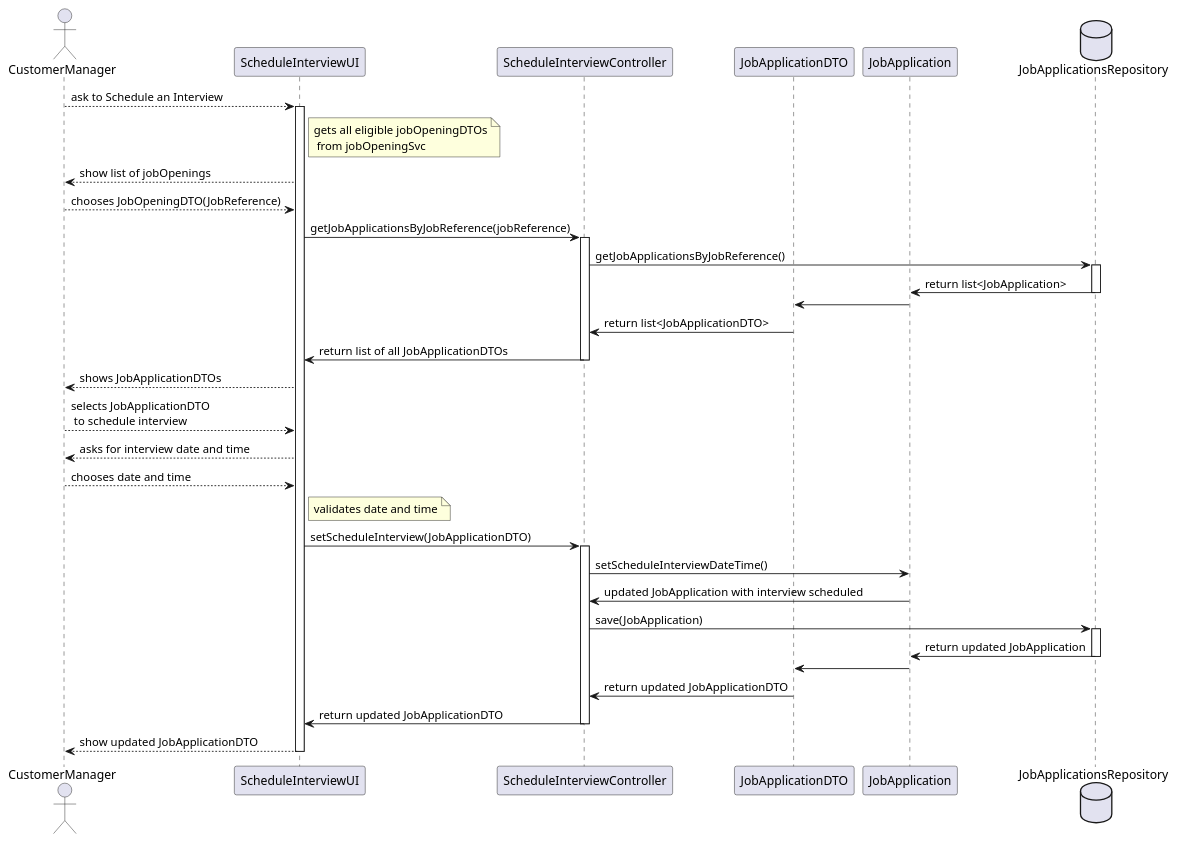
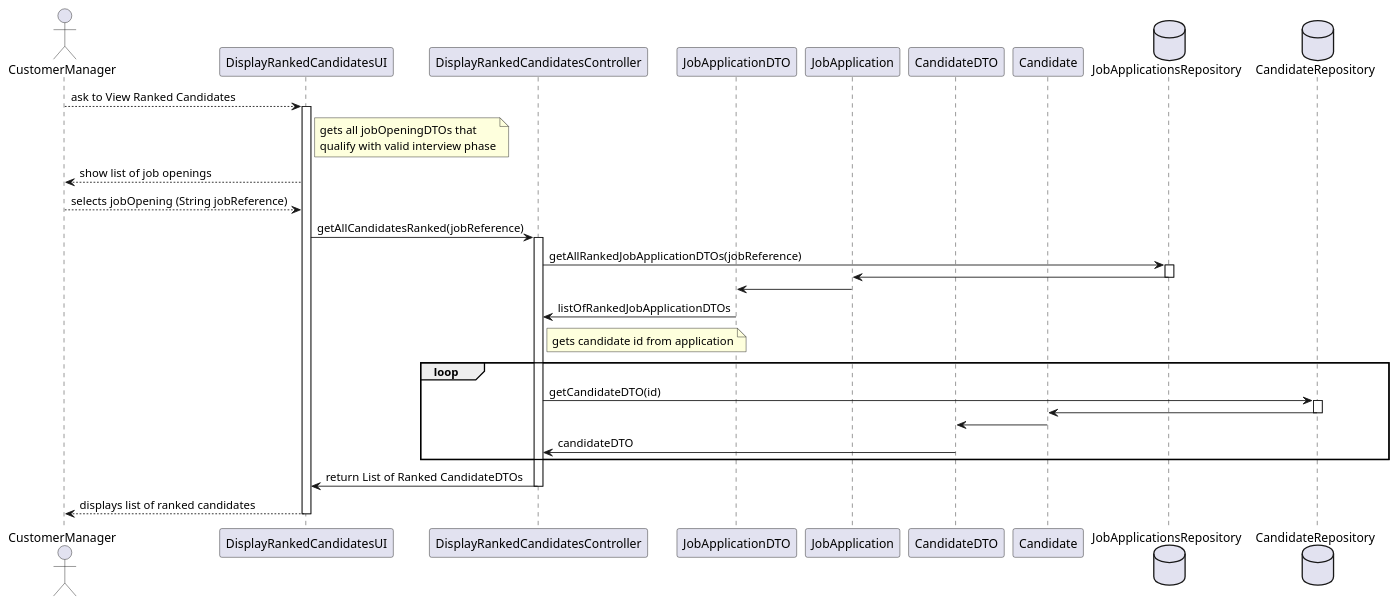
Before and after one commit to JoelBrunoFerreira/isep-lapr4: the diagram in docs/US_Sprint_C/us_1019/us_1019_SD.puml, drawn with PlantUML. The commit also changed 24 other files, not shown here.

```diff
--- a/docs/US_Sprint_C/us_1019/us_1019_SD.puml
+++ b/docs/US_Sprint_C/us_1019/us_1019_SD.puml
@@ -1,43 +1,38 @@
 @startuml
 actor CustomerManager as actor
-participant ScheduleInterviewUI as UI
-participant ScheduleInterviewController as Controller
+participant DisplayRankedCandidatesUI as UI
+participant DisplayRankedCandidatesController as controller
 participant JobApplicationDTO as dto
 participant JobApplication as domain
+participant CandidateDTO as candidateDTO
+participant Candidate as candidate
 database JobApplicationsRepository as repo
+database CandidateRepository as candidateRepo
 
-actor --> UI: ask to Schedule an Interview
+actor --> UI: ask to View Ranked Candidates
 activate UI
-    note right of UI: gets all eligible jobOpeningDTOs\n from jobOpeningSvc
-    UI --> actor: show list of jobOpenings
-    actor --> UI: chooses JobOpeningDTO(JobReference)
-    UI->Controller: getJobApplicationsByJobReference(jobReference)
-    activate Controller
-        Controller->repo: getJobApplicationsByJobReference()
+    note right of UI: gets all jobOpeningDTOs that \nqualify with valid interview phase
+    UI --> actor: show list of job openings
+    actor --> UI: selects jobOpening (String jobReference)
+    UI -> controller: getAllCandidatesRanked(jobReference)
+    activate controller
+        controller -> repo: getAllRankedJobApplicationDTOs(jobReference)
         activate repo
-            repo -> domain: return list<JobApplication>
+            repo -> domain
         deactivate repo
         domain -> dto
-        dto->Controller: return list<JobApplicationDTO>
-        Controller -> UI: return list of all JobApplicationDTOs
-    deactivate Controller
-    UI-->actor: shows JobApplicationDTOs
-    actor--> UI: selects JobApplicationDTO\n to schedule interview
-    UI-->actor: asks for interview date and time
-    actor--> UI: chooses date and time
-    note right of UI: validates date and time
-    UI->Controller: setScheduleInterview(JobApplicationDTO)
-    activate Controller
-        Controller -> domain: setScheduleInterviewDateTime()
-        domain -> Controller: updated JobApplication with interview scheduled
-        Controller -> repo: save(JobApplication)
-        activate repo
-            repo -> domain: return updated JobApplication
-        deactivate repo
-        domain -> dto
-        dto -> Controller: return updated JobApplicationDTO
-        Controller -> UI: return updated JobApplicationDTO
-    deactivate Controller
-    UI --> actor: show updated JobApplicationDTO
+        dto -> controller: listOfRankedJobApplicationDTOs
+        note right of controller: gets candidate id from application
+        loop
+            controller -> candidateRepo: getCandidateDTO(id)
+            activate candidateRepo
+                candidateRepo-> candidate
+            deactivate candidateRepo
+            candidate -> candidateDTO
+            candidateDTO -> controller: candidateDTO
+        end
+        controller -> UI: return List of Ranked CandidateDTOs
+    deactivate controller
+    UI --> actor: displays list of ranked candidates
 deactivate UI
 @enduml
```
